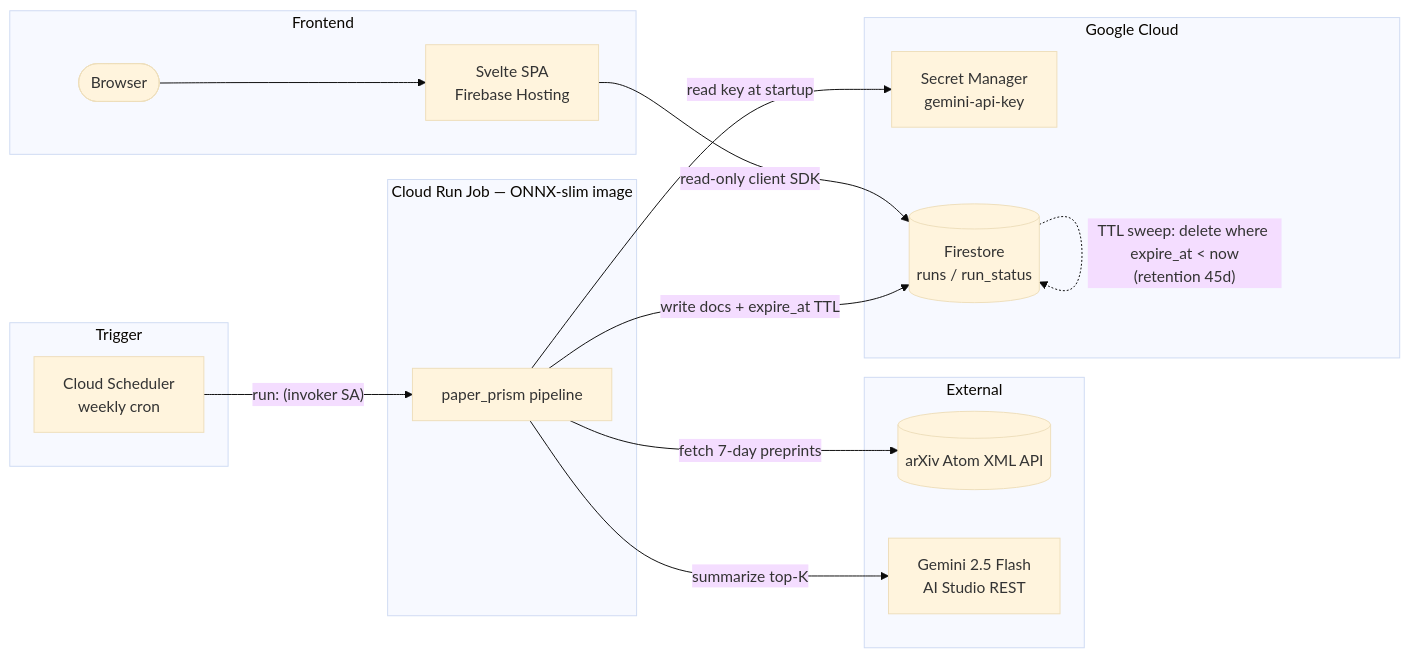
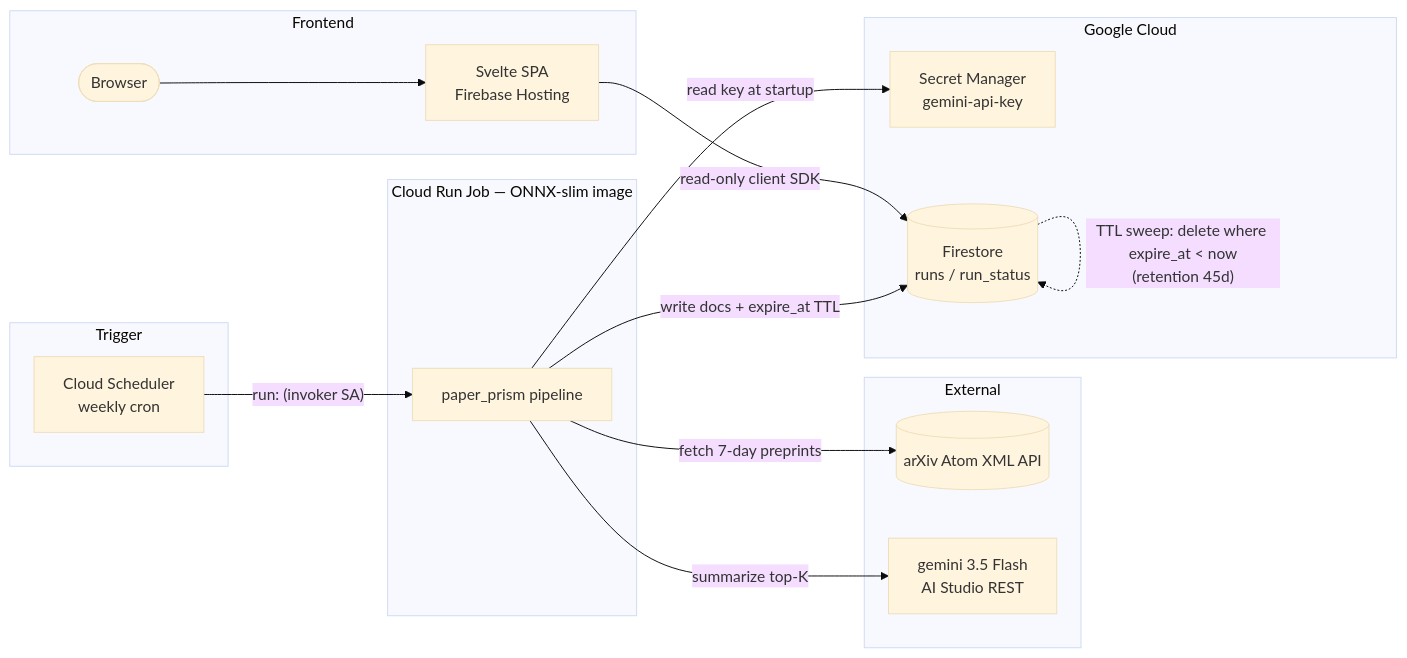
Before and after one commit to vishnuvardhansankoti/feed-mind: the first of 4 diagrams in docs/architecture.md, drawn with Mermaid (base theme).

````diff
--- a/docs/architecture.md
+++ b/docs/architecture.md
@@ -9,35 +9,35 @@
 ```mermaid
 flowchart LR
     subgraph Trigger
         SCH[Cloud Scheduler<br/>weekly cron]
     end
 
     subgraph Compute["Cloud Run Job — ONNX-slim image"]
         JOB[paper_prism pipeline]
     end
 
     subgraph External
         ARX[(arXiv Atom XML API)]
-        GEM[Gemini 2.5 Flash<br/>AI Studio REST]
+        GEM[gemini 3.5 Flash<br/>AI Studio REST]
     end
 
     subgraph GCP["Google Cloud"]
         SM[Secret Manager<br/>gemini-api-key]
         FS[(Firestore<br/>runs / run_status)]
     end
 
     subgraph Frontend
         SPA[Svelte SPA<br/>Firebase Hosting]
         USER([Browser])
     end
 
     SCH -->|"run: (invoker SA)"| JOB
     JOB -->|fetch 7-day preprints| ARX
     JOB -->|read key at startup| SM
     JOB -->|summarize top-K| GEM
     JOB -->|write docs + expire_at TTL| FS
     USER --> SPA
     SPA -->|read-only client SDK| FS
 
     FS -. "TTL sweep: delete where expire_at < now<br/>(retention 45d)" .-> FS
 ```
````
